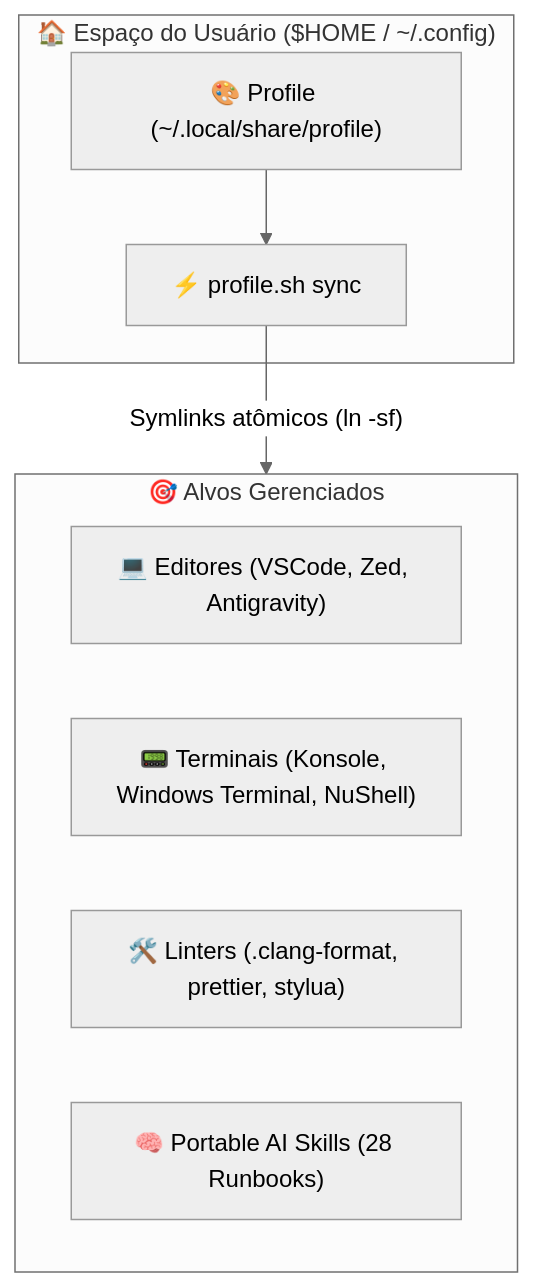
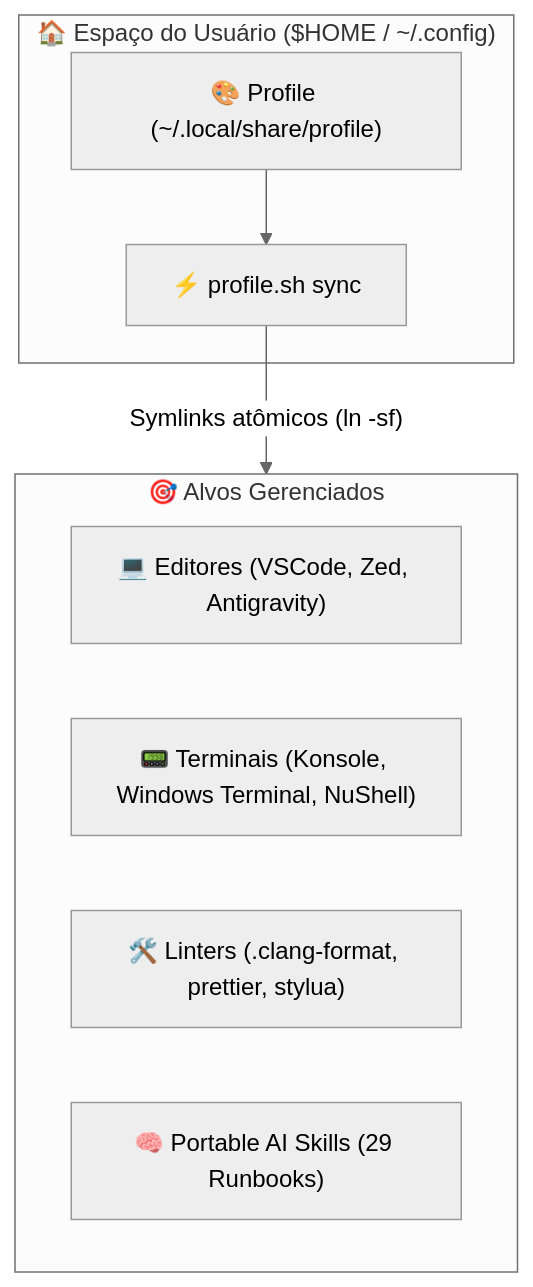
Before and after one commit to GabrielFrigo4/profile: the diagram in README.md, drawn with Mermaid (neutral theme). The commit also changed 2 other files, not shown here.

Commit message:
feat(skills): add argos-multi-agent-orchestrator runbook

````diff
--- a/README.md
+++ b/README.md
@@ -43,17 +43,17 @@
 ```mermaid
 flowchart TD
     subgraph HOME ["🏠 Espaço do Usuário ($HOME / ~/.config)"]
         PR_REPO["🎨 Profile (~/.local/share/profile)"]
         SYNC["⚡ profile.sh sync"]
     end
 
     subgraph TARGETS ["🎯 Alvos Gerenciados"]
         ED["💻 Editores (VSCode, Zed, Antigravity)"]
         TR["📟 Terminais (Konsole, Windows Terminal, NuShell)"]
         TL["🛠️ Linters (.clang-format, prettier, stylua)"]
-        SK["🧠 Portable AI Skills (28 Runbooks)"]
+        SK["🧠 Portable AI Skills (29 Runbooks)"]
     end
 
     PR_REPO --> SYNC
     SYNC -->|"Symlinks atômicos (ln -sf)"| TARGETS
 ```
````
